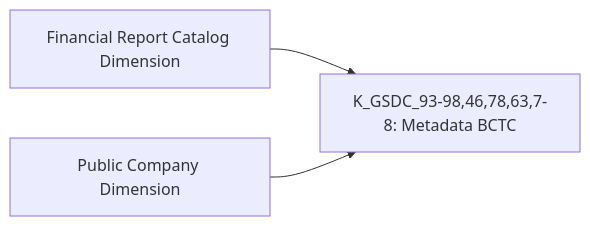
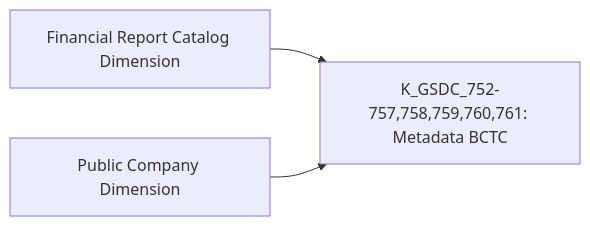
One commit to linhlvit/ubck_atomic_design changed diagram 34 of 55 in Datamart/hld/DTM_GSDC_HLD.md. Above: the diagram before and after it, drawn with Mermaid. The commit also changed other lines of this file and 2 other files, not shown here.

Commit message:
update GSDC

````diff
--- a/Datamart/hld/DTM_GSDC_HLD.md
+++ b/Datamart/hld/DTM_GSDC_HLD.md
@@ -1665,5 +1665,5 @@
 ```mermaid
 flowchart LR
-    financial_rpt_catalog_dim_g18["Financial Report Catalog Dimension"] --> R18["K_GSDC_93-98,46,78,63,7-8: Metadata BCTC"]
+    financial_rpt_catalog_dim_g18["Financial Report Catalog Dimension"] --> R18["K_GSDC_752-757,758,759,760,761: Metadata BCTC"]
     public_company_dim_g18["Public Company Dimension"] --> R18
 ```
````
